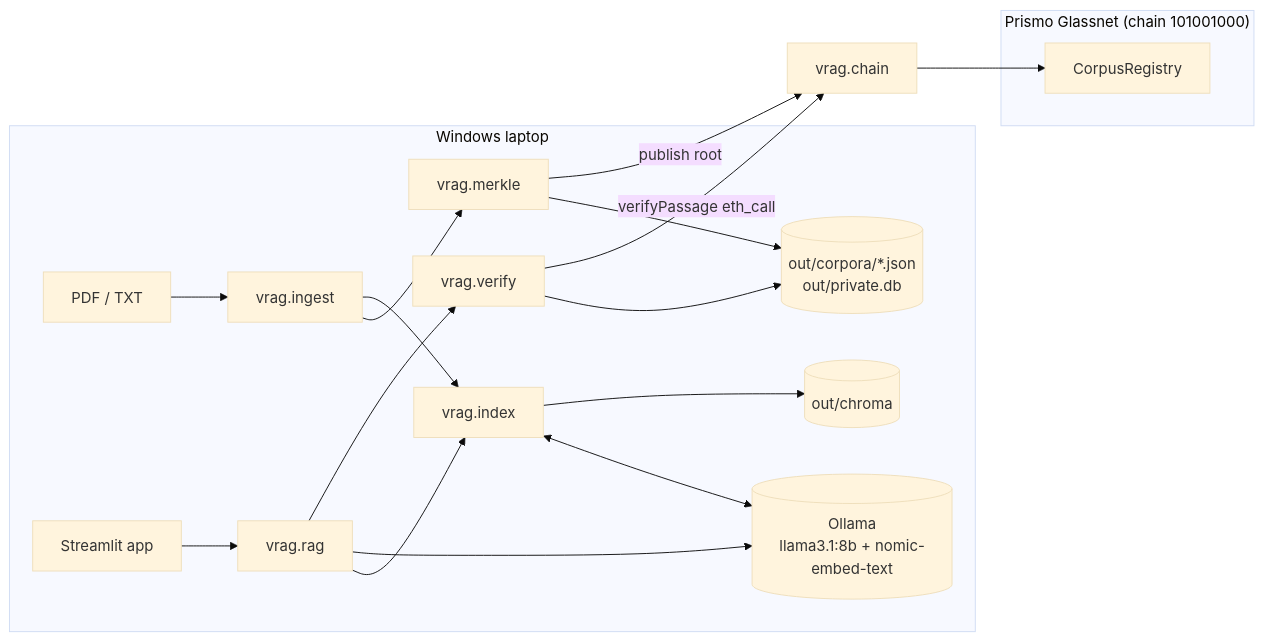
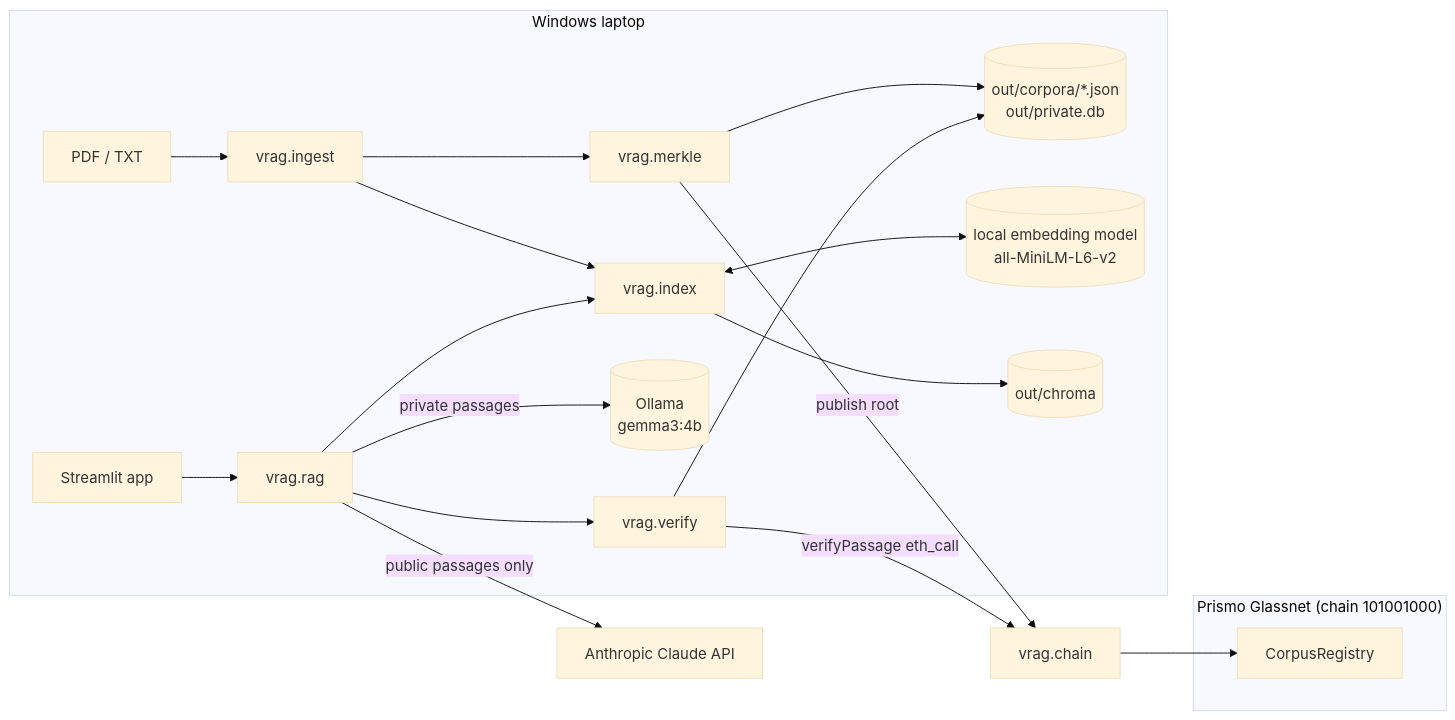
The first of 3 diagrams in .kiro/specs/verifiable-rag-citations/design.md (zazazzz-exe/VERIFIED-RAG-CITATIONS), drawn with Mermaid (base theme) before and after one commit. The commit also changed other lines of this file and 5 other files, not shown here.

Commit message:
Spec: Claude for public answers, Ollama for private, local embeddings

````diff
--- a/.kiro/specs/verifiable-rag-citations/design.md
+++ b/.kiro/specs/verifiable-rag-citations/design.md
@@ -17,22 +17,23 @@
 ```mermaid
 flowchart LR
     subgraph Local["Windows laptop"]
         Docs[PDF / TXT] --> Ingest[vrag.ingest]
         Ingest --> Merkle[vrag.merkle]
         Merkle --> Store[(out/corpora/*.json<br/>out/private.db)]
         Ingest --> Index[vrag.index]
-        Index <--> Ollama[(Ollama<br/>llama3.1:8b + nomic-embed-text)]
+        Index <--> Embed[(local embedding model<br/>all-MiniLM-L6-v2)]
         Index --> Chroma[(out/chroma)]
         App[Streamlit app] --> RAG[vrag.rag]
         RAG --> Index
-        RAG --> Ollama
+        RAG -- private passages --> Ollama[(Ollama<br/>gemma3:4b)]
         RAG --> Verify[vrag.verify]
         Verify --> Store
     end
+    RAG -- public passages only --> Claude[Anthropic Claude API]
     subgraph Prismo["Prismo Glassnet (chain 101001000)"]
         Registry[CorpusRegistry]
     end
     Merkle -- publish root --> Chain[vrag.chain]
     Verify -- verifyPassage eth_call --> Chain
     Chain --> Registry
 ```
````
